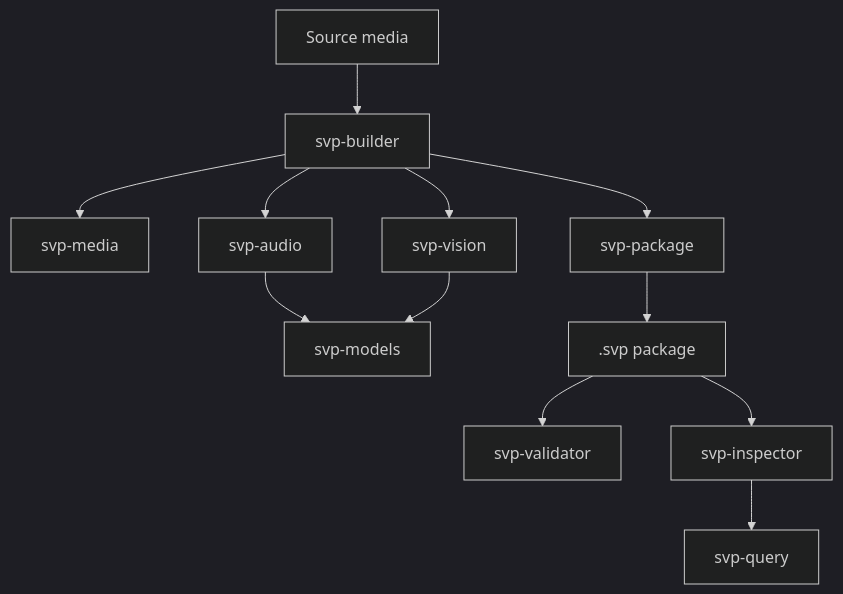
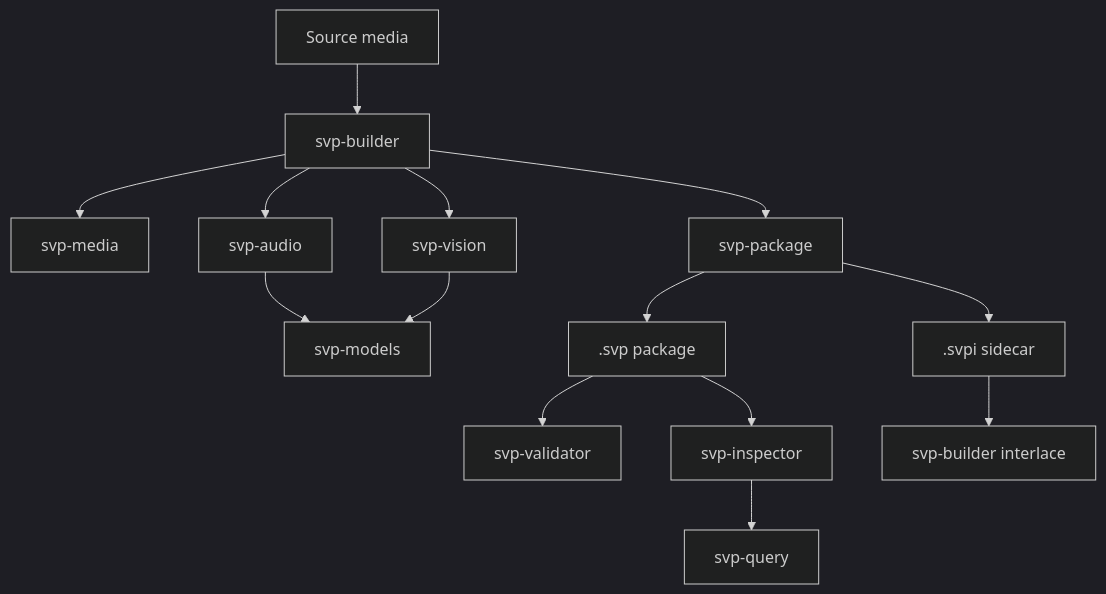
The diagram in README.md (semanticvideo/svp), drawn with Mermaid (dark theme) before and after one commit. The commit also changed other lines of this file and 7 other files, not shown here.

Commit message:
docs: document SVPI sidecar workflows

````diff
--- a/README.md
+++ b/README.md
@@ -91,14 +127,16 @@
 ```mermaid
 flowchart TD
     Source["Source media"] --> Builder["svp-builder"]
     Builder --> Media["svp-media"]
     Builder --> Audio["svp-audio"]
     Builder --> Vision["svp-vision"]
     Builder --> Package["svp-package"]
     Audio --> Models["svp-models"]
     Vision --> Models
     Package --> SVP[".svp package"]
+    Package --> SVPI[".svpi sidecar"]
     SVP --> Validator["svp-validator"]
+    SVPI --> Interlace["svp-builder interlace"]
     SVP --> Inspector["svp-inspector"]
     Inspector --> Query["svp-query"]
 ```
````
